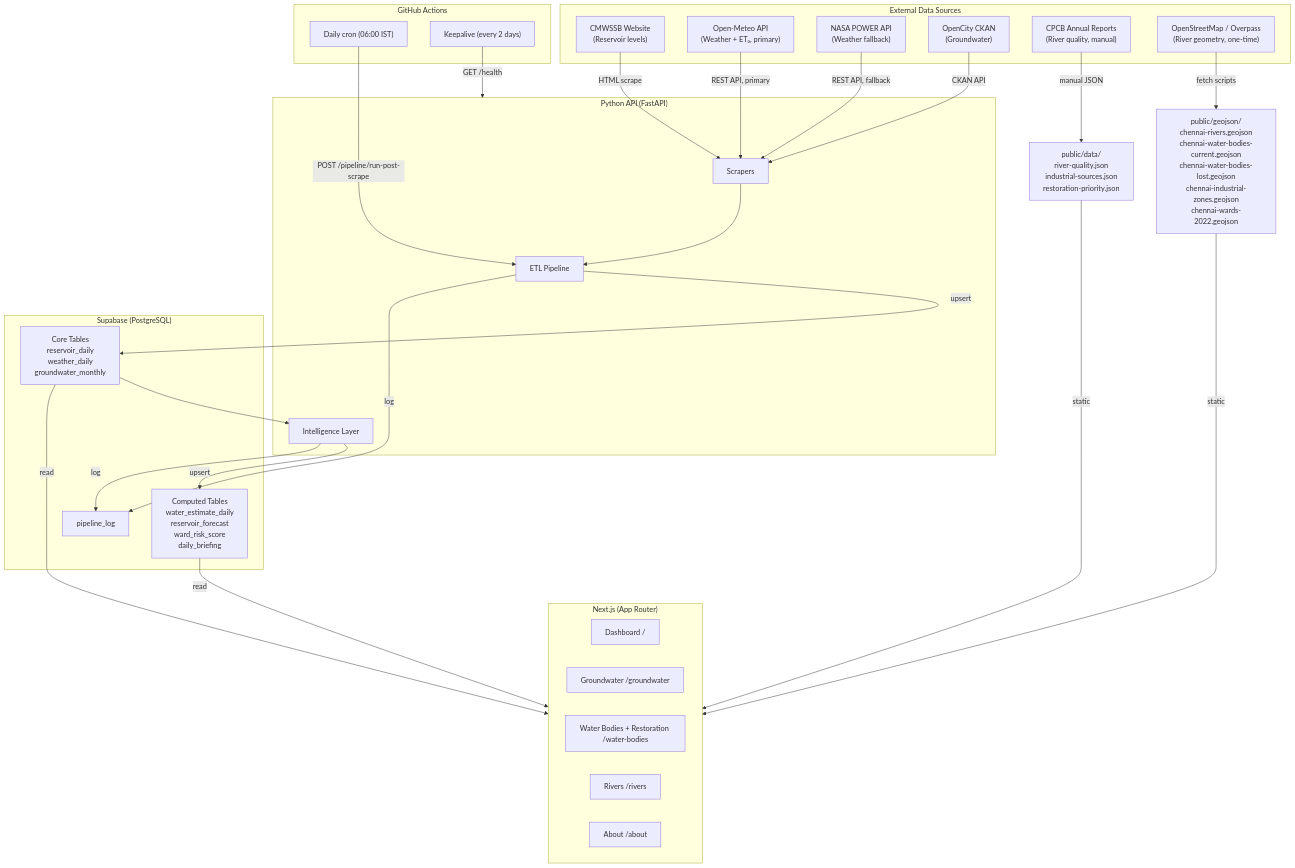
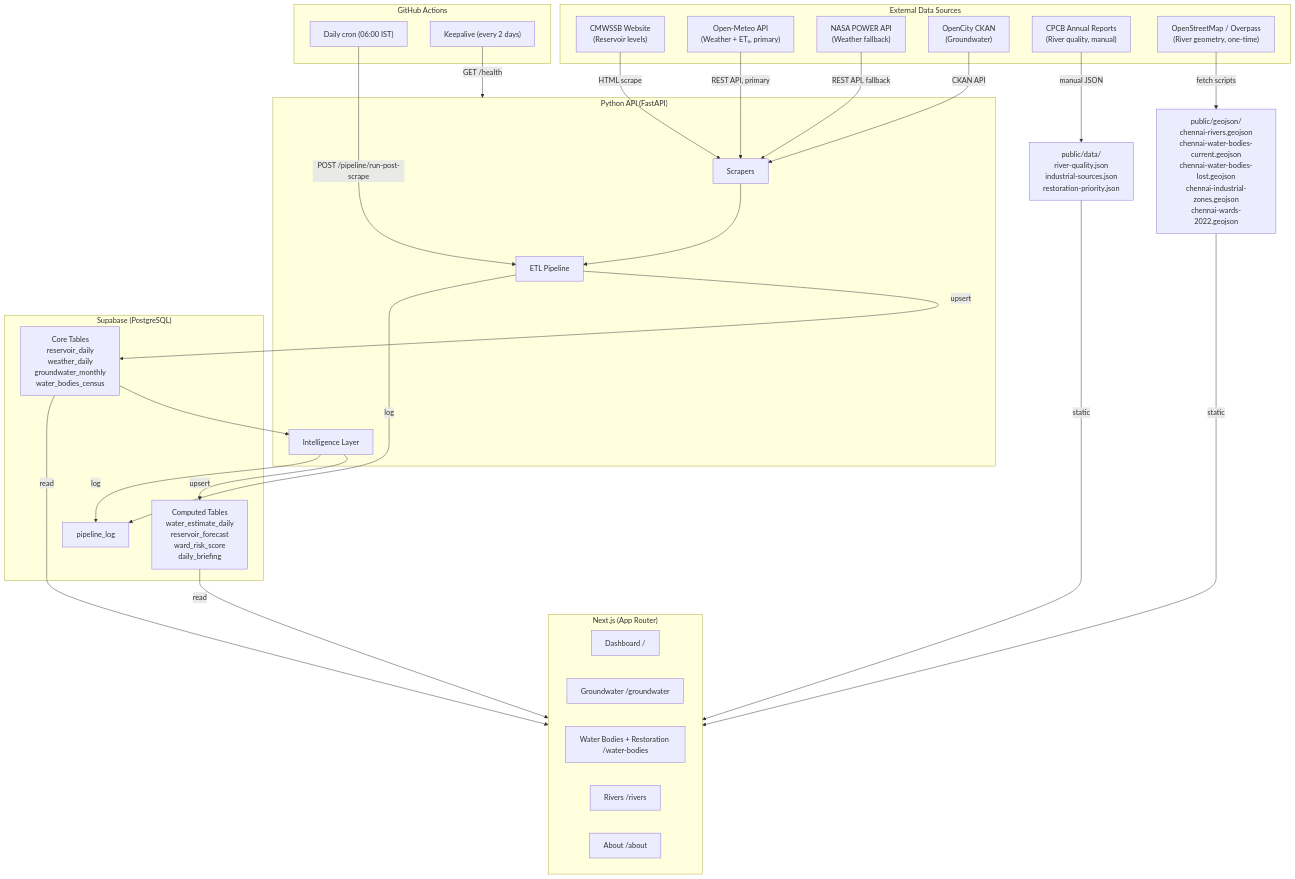
Before and after one commit to SundareshPrasanna/neer-vazhvu: the first of 5 diagrams in ARCHITECTURE.md, drawn with Mermaid. The commit also changed other lines of this file and 18 other files, not shown here.

First line of the commit message:
feat: integrate First Census of Water Bodies with OSM polygon matching

````diff
--- a/ARCHITECTURE.md
+++ b/ARCHITECTURE.md
@@ -7,59 +7,59 @@
 ```mermaid
 graph TB
     subgraph External Data Sources
         CMWSSB["CMWSSB Website<br/>(Reservoir levels)"]
         OM["Open-Meteo API<br/>(Weather + ET₀, primary)"]
         NASA["NASA POWER API<br/>(Weather fallback)"]
         OC["OpenCity CKAN<br/>(Groundwater)"]
         CPCB["CPCB Annual Reports<br/>(River quality, manual)"]
         OSM["OpenStreetMap / Overpass<br/>(River geometry, one-time)"]
     end
 
     subgraph Backend ["Python API (FastAPI)"]
         Scrapers["Scrapers"]
         ETL["ETL Pipeline"]
         Intel["Intelligence Layer"]
     end
 
     subgraph Database ["Supabase (PostgreSQL)"]
-        Core["Core Tables<br/>reservoir_daily<br/>weather_daily<br/>groundwater_monthly"]
+        Core["Core Tables<br/>reservoir_daily<br/>weather_daily<br/>groundwater_monthly<br/>water_bodies_census"]
         Computed["Computed Tables<br/>water_estimate_daily<br/>reservoir_forecast<br/>ward_risk_score<br/>daily_briefing"]
         Log["pipeline_log"]
     end
 
     subgraph Frontend ["Next.js (App Router)"]
         Dashboard["Dashboard /"]
         GW["Groundwater /groundwater"]
         WB["Water Bodies + Restoration /water-bodies"]
         Rivers["Rivers /rivers"]
         About["About /about"]
     end
 
     subgraph CI ["GitHub Actions"]
         Cron["Daily cron (06:00 IST)"]
         KA["Keepalive (every 2 days)"]
     end
 
     CMWSSB -->|HTML scrape| Scrapers
     OM -->|REST API, primary| Scrapers
     NASA -->|REST API, fallback| Scrapers
     OC -->|CKAN API| Scrapers
     CPCB -->|manual JSON| StaticFiles["public/data/<br/>river-quality.json<br/>industrial-sources.json<br/>restoration-priority.json"]
     OSM -->|fetch scripts| StaticFiles2["public/geojson/<br/>chennai-rivers.geojson<br/>chennai-water-bodies-current.geojson<br/>chennai-water-bodies-lost.geojson<br/>chennai-industrial-zones.geojson<br/>chennai-wards-2022.geojson"]
 
     Scrapers --> ETL
     ETL -->|upsert| Core
     Core --> Intel
     Intel -->|upsert| Computed
 
     ETL -->|log| Log
     Intel -->|log| Log
 
     Core -->|read| Frontend
     Computed -->|read| Frontend
     StaticFiles -->|static| Frontend
     StaticFiles2 -->|static| Frontend
 
     Cron -->|POST /pipeline/run-post-scrape| ETL
     KA -->|GET /health| Backend
 ```
````
